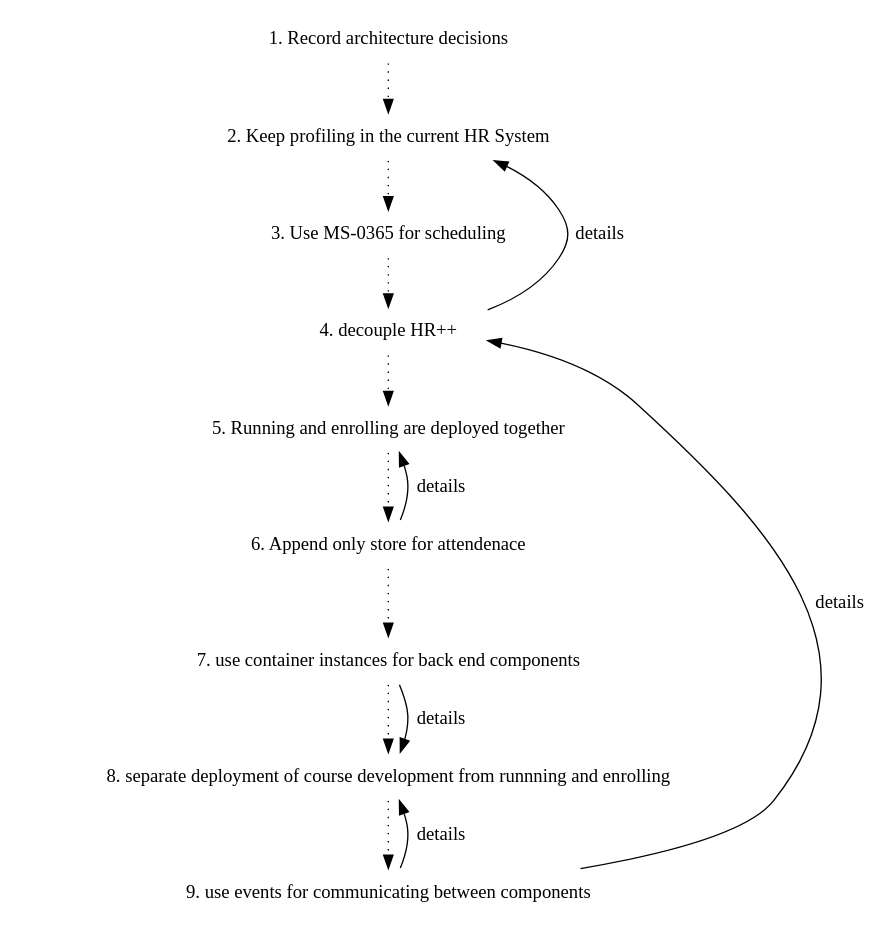
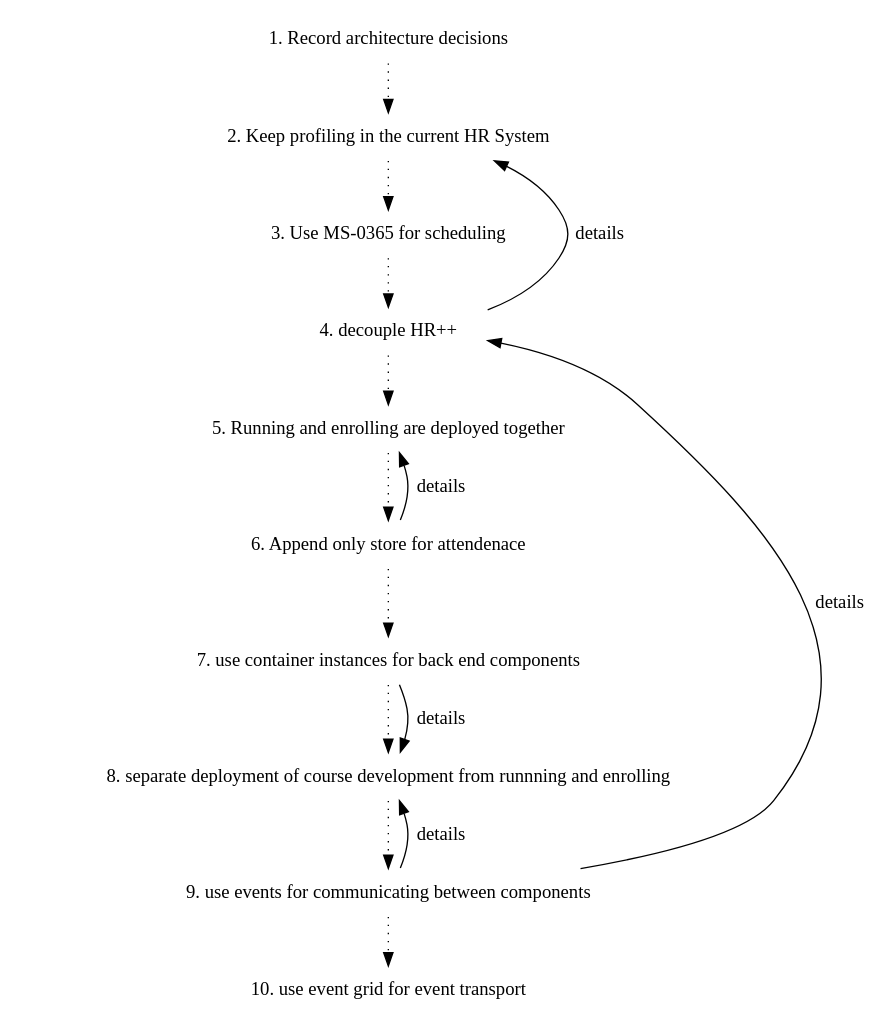
Before and after one commit to qwaneu/adr-spike: the diagram in doc/adr/index.dot, drawn with Graphviz. The commit also changed 2 other files, not shown here.

Commit message:
added event grid decision

```diff
--- a/doc/adr/index.dot
+++ b/doc/adr/index.dot
@@ -1,27 +1,29 @@
 digraph {
   node [shape=plaintext];
   subgraph {
     _1 [label="1. Record architecture decisions"; URL="0001-record-architecture-decisions.html"];
     _2 [label="2. Keep profiling in the current HR System"; URL="0002-keep-profiling-in-the-current-hr-system.html"];
     _1 -> _2 [style="dotted", weight=1];
     _3 [label="3. Use MS-0365 for scheduling"; URL="0003-use-ms-0365-for-scheduling.html"];
     _2 -> _3 [style="dotted", weight=1];
     _4 [label="4. decouple HR++"; URL="0004-decouple-hr.html"];
     _3 -> _4 [style="dotted", weight=1];
     _5 [label="5. Running and enrolling are deployed together"; URL="0005-running-and-enrolling-are-deployed-together.html"];
     _4 -> _5 [style="dotted", weight=1];
     _6 [label="6. Append only store for attendenace"; URL="0006-append-only-store-for-attendenace.html"];
     _5 -> _6 [style="dotted", weight=1];
     _7 [label="7. use container instances for back end components"; URL="0007-use-container-instances-for-back-end-components.html"];
     _6 -> _7 [style="dotted", weight=1];
     _8 [label="8. separate deployment of course development from runnning and enrolling"; URL="0008-separate-course-development-from-runnning-and-enrolling.html"];
     _7 -> _8 [style="dotted", weight=1];
     _9 [label="9. use events for communicating between components"; URL="0009-use-events-for-communicating-between-components.html"];
     _8 -> _9 [style="dotted", weight=1];
+    _10 [label="10. use event grid for event transport"; URL="0010-use-event-grid-for-event-transport.html"];
+    _9 -> _10 [style="dotted", weight=1];
   }
   _4 -> _2 [label="details", weight=0]
   _6 -> _5 [label="details", weight=0]
   _7 -> _8 [label="details", weight=0]
   _9 -> _8 [label="details", weight=0]
   _9 -> _4 [label="details", weight=0]
 }
```
